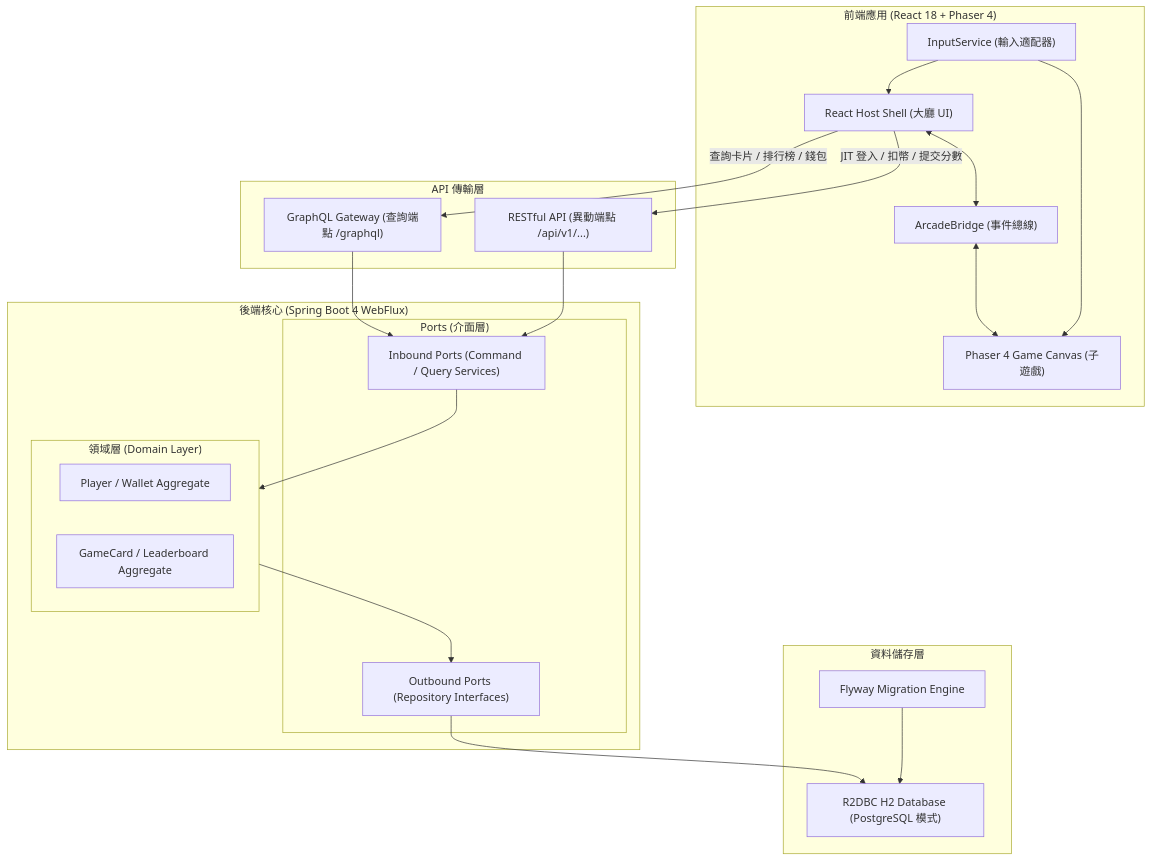
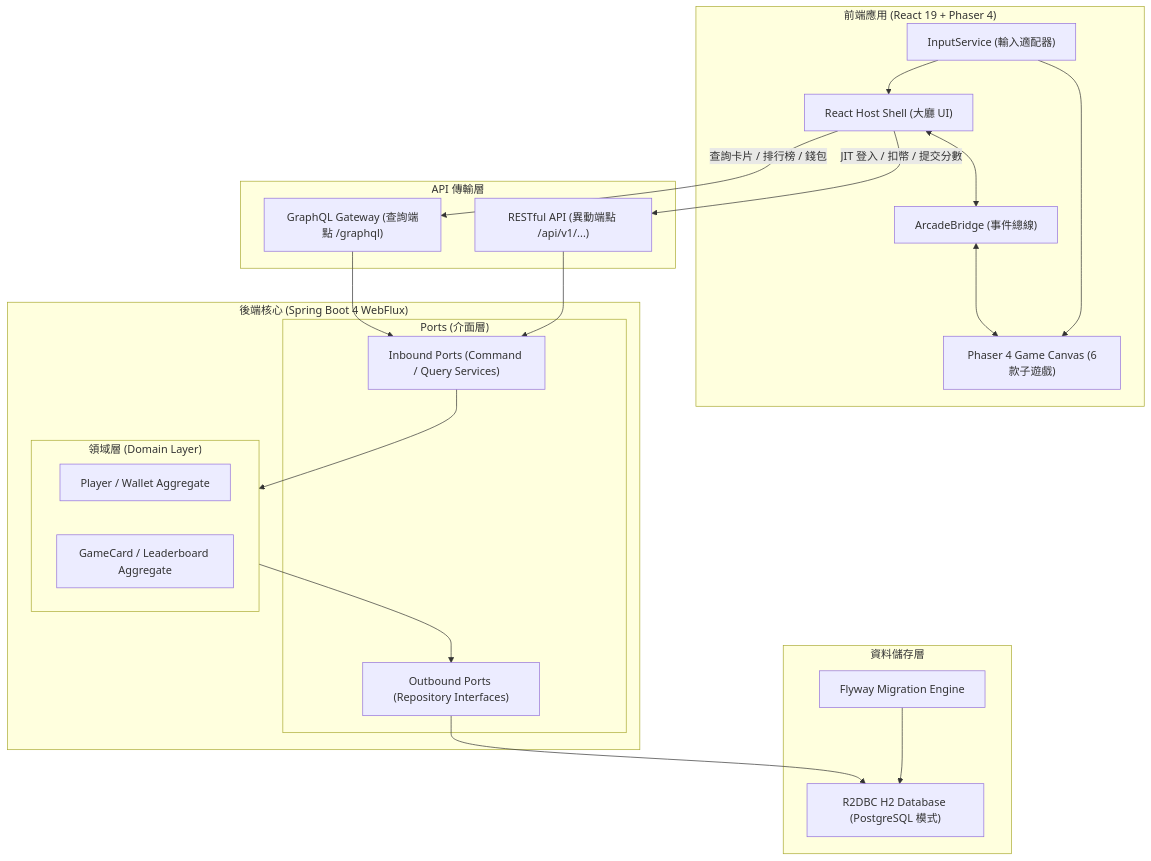
One commit to linuschien/arcade changed the diagram in README.md. Above: the diagram before and after it, drawn with Mermaid. The commit also changed other lines of this file, not shown here.

Commit message:
feat(README): 更新 React 版本至 19.3，調整鍵位映射與遊戲描述，增強文檔準確性

````diff
--- a/README.md
+++ b/README.md
@@ -69,43 +78,43 @@
 ```mermaid
 flowchart TB
-    subgraph Client["前端應用 (React 18 + Phaser 4)"]
+    subgraph Client["前端應用 (React 19 + Phaser 4)"]
         Shell["React Host Shell (大廳 UI)"]
         Bridge["ArcadeBridge (事件總線)"]
         Input["InputService (輸入適配器)"]
-        GameCanvas["Phaser 4 Game Canvas (子遊戲)"]
+        GameCanvas["Phaser 4 Game Canvas (6款子遊戲)"]
         Shell <--> Bridge
         Bridge <--> GameCanvas
         Input --> Shell
         Input --> GameCanvas
     end
 
     subgraph Gateway["API 傳輸層"]
         GraphQL["GraphQL Gateway (查詢端點 /graphql)"]
         REST["RESTful API (異動端點 /api/v1/...)"]
     end
 
     subgraph Core["後端核心 (Spring Boot 4 WebFlux)"]
         subgraph Ports["Ports (介面層)"]
             InPort["Inbound Ports (Command / Query Services)"]
             OutPort["Outbound Ports (Repository Interfaces)"]
         end
         subgraph Domain["領域層 (Domain Layer)"]
             PlayerDomain["Player / Wallet Aggregate"]
             GameDomain["GameCard / Leaderboard Aggregate"]
         end
     end
 
     subgraph Storage["資料儲存層"]
         H2["R2DBC H2 Database (PostgreSQL 模式)"]
         Flyway["Flyway Migration Engine"]
     end
 
     Shell -- "查詢卡片 / 排行榜 / 錢包" --> GraphQL
     Shell -- "JIT 登入 / 扣幣 / 提交分數" --> REST
     GraphQL --> InPort
     REST --> InPort
     InPort --> Domain
     Domain --> OutPort
     OutPort --> H2
     Flyway --> H2
 ```
````
